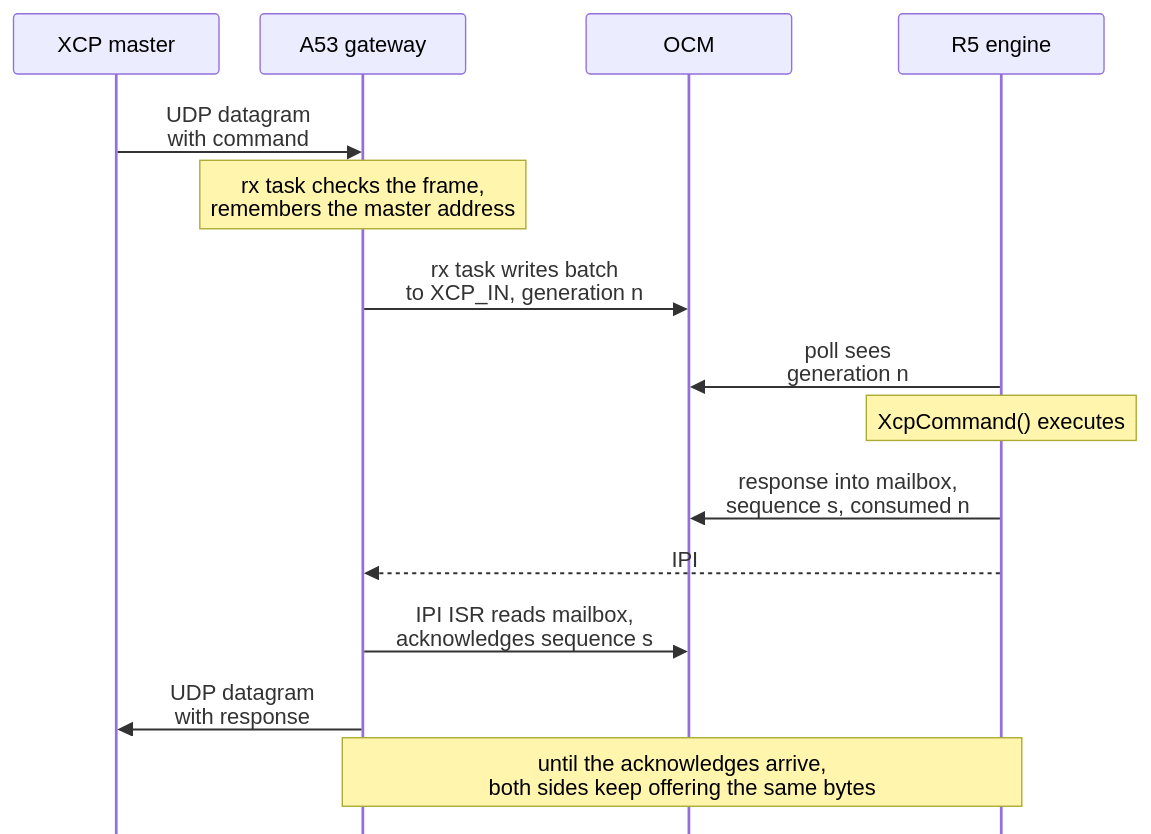
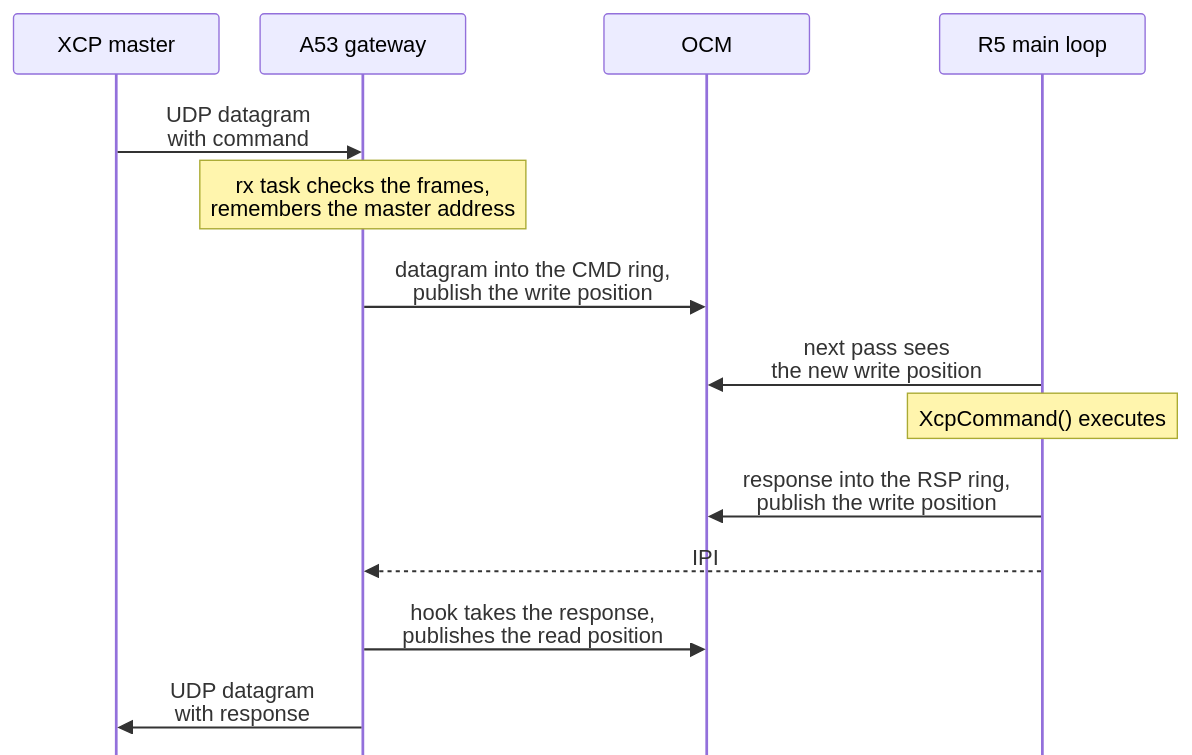
Before and after one commit to ultrazohm/ultrazohm_sw: the fourth of 5 diagrams in docs/source/guide/XCP/XCP_architecture.rst, drawn with Mermaid. The commit also changed other lines of this file and 2 other files, not shown here.

First line of the commit message:
docs: XCP pages describe the OCM rings, the DAQ budget and 8-byte writes

```diff
--- a/docs/source/guide/XCP/XCP_architecture.rst
+++ b/docs/source/guide/XCP/XCP_architecture.rst
@@ -221,20 +290,19 @@
 .. mermaid::
     :align: center
     :caption: Path of one XCP command and its response
 
     %%{init: {"sequence": {"mirrorActors": false, "messageMargin": 28, "actorMargin": 30, "noteMargin": 8, "boxMargin": 6, "height": 44}}}%%
     sequenceDiagram
       participant M as XCP master
       participant A as A53 gateway
       participant O as OCM
-      participant R as R5 engine
+      participant R as R5 main loop
       M->>A: UDP datagram<br>with command
-      Note over A: rx task checks the frame,<br>remembers the master address
-      A->>O: rx task writes batch<br>to XCP_IN, generation n
-      R->>O: poll sees<br>generation n
+      Note over A: rx task checks the frames,<br>remembers the master address
+      A->>O: datagram into the CMD ring,<br>publish the write position
+      R->>O: next pass sees<br>the new write position
       Note over R: XcpCommand() executes
-      R->>O: response into mailbox,<br>sequence s, consumed n
+      R->>O: response into the RSP ring,<br>publish the write position
       R-->>A: IPI
-      A->>O: IPI ISR reads mailbox,<br>acknowledges sequence s
+      A->>O: hook takes the response,<br>publishes the read position
       A->>M: UDP datagram<br>with response
-      Note over A,R: until the acknowledges arrive,<br>both sides keep offering the same bytes
```
